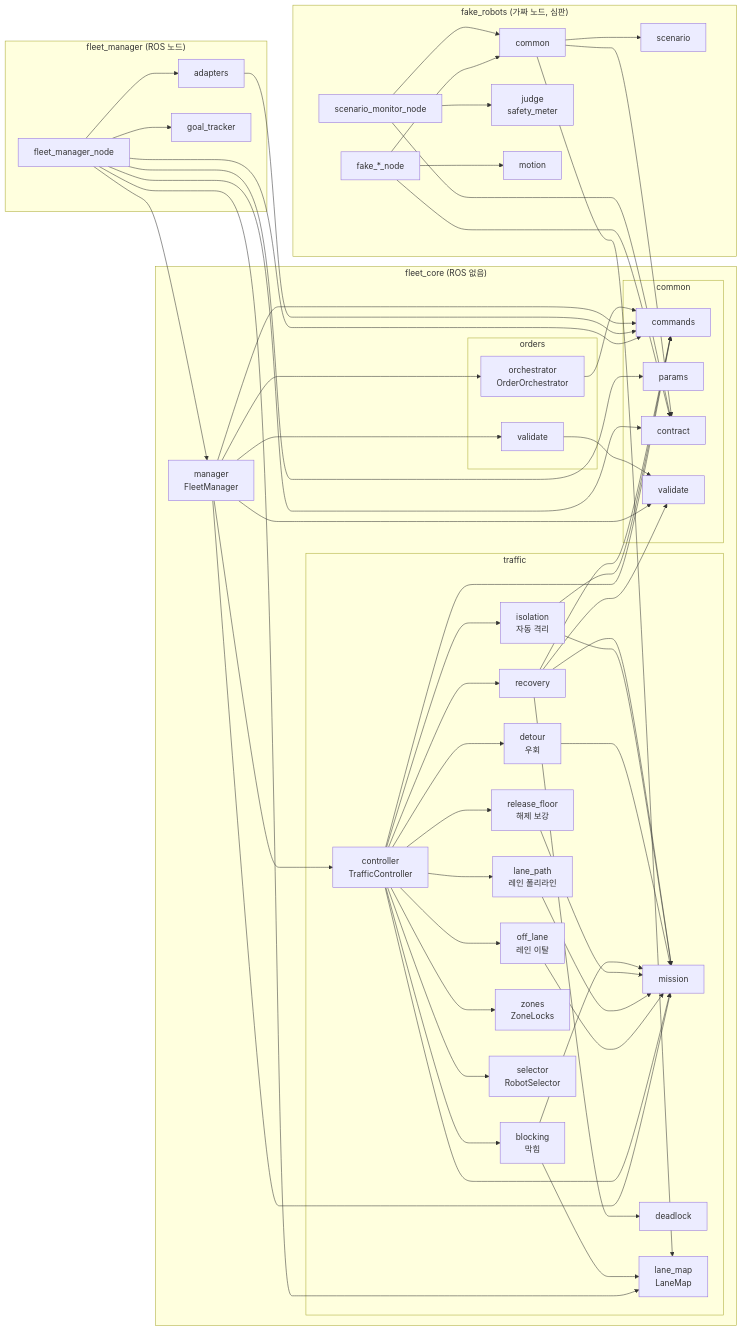
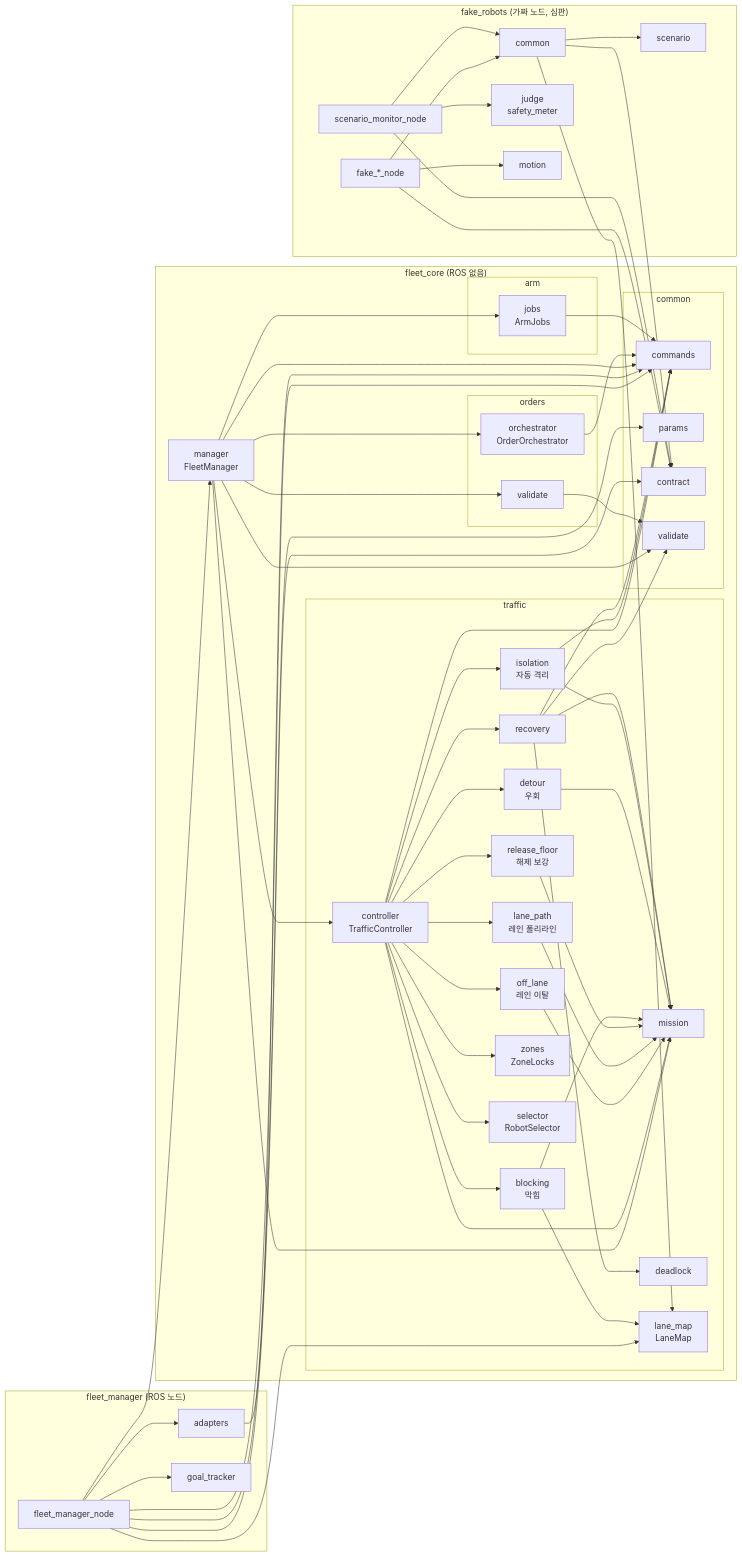
Before and after one commit to PJW-1/roscamp-freefloor: the first of 2 diagrams in README.md, drawn with Mermaid. The commit also changed other lines of this file and 17 other files, not shown here.

First line of the commit message:
refactor(fleet_core): split arm jobs out of the orders into fleet_core/arm

````diff
--- a/README.md
+++ b/README.md
@@ -13,60 +13,64 @@
 ```mermaid
 flowchart LR
   subgraph fleet["fleet_manager (ROS 노드)"]
     fmnode["fleet_manager_node"]
     adapters["adapters"]
     tracker["goal_tracker"]
   end
   subgraph core["fleet_core (ROS 없음)"]
     manager["manager<br/>FleetManager"]
     subgraph orders["orders"]
       orch["orchestrator<br/>OrderOrchestrator"]
       ovalid["validate"]
+    end
+    subgraph arm["arm"]
+      armjobs["jobs<br/>ArmJobs"]
     end
     subgraph traffic["traffic"]
       ctrl["controller<br/>TrafficController"]
       blocking["blocking<br/>막힘"]
       detour["detour<br/>우회"]
       isolation["isolation<br/>자동 격리"]
       offlane["off_lane<br/>레인 이탈"]
       lanepath["lane_path<br/>레인 폴리라인"]
       relfloor["release_floor<br/>해제 보강"]
       mission["mission"]
       recovery["recovery"]
       zones["zones<br/>ZoneLocks"]
       selector["selector<br/>RobotSelector"]
       deadlock["deadlock"]
       lanemap["lane_map<br/>LaneMap"]
     end
     subgraph common["common"]
       commands["commands"]
       params["params"]
       contract["contract"]
       cvalid["validate"]
     end
   end
   subgraph sim["fake_robots (가짜 노드, 심판)"]
     fakes["fake_*_node"]
     monitor["scenario_monitor_node"]
     simcommon["common"]
     scenario["scenario"]
     judge["judge<br/>safety_meter"]
     motion["motion"]
   end
   fmnode --> adapters & tracker & manager & lanemap & contract & params & commands
   adapters --> commands
-  manager --> orch & ctrl & mission & commands & cvalid & ovalid
+  manager --> orch & armjobs & ctrl & mission & commands & cvalid & ovalid
   ovalid --> cvalid
   orch --> commands
+  armjobs --> commands
   ctrl --> mission & recovery & zones & selector & commands & blocking & detour & isolation & offlane & lanepath & relfloor
   offlane --> mission
   lanepath --> mission
   relfloor --> mission
   blocking --> lanemap & mission
   detour --> mission
   isolation --> mission & commands
   recovery --> mission & deadlock & commands & cvalid
   fakes --> simcommon & motion & contract
   monitor --> simcommon & judge & contract
   simcommon --> scenario & contract & lanemap
 ```
````
